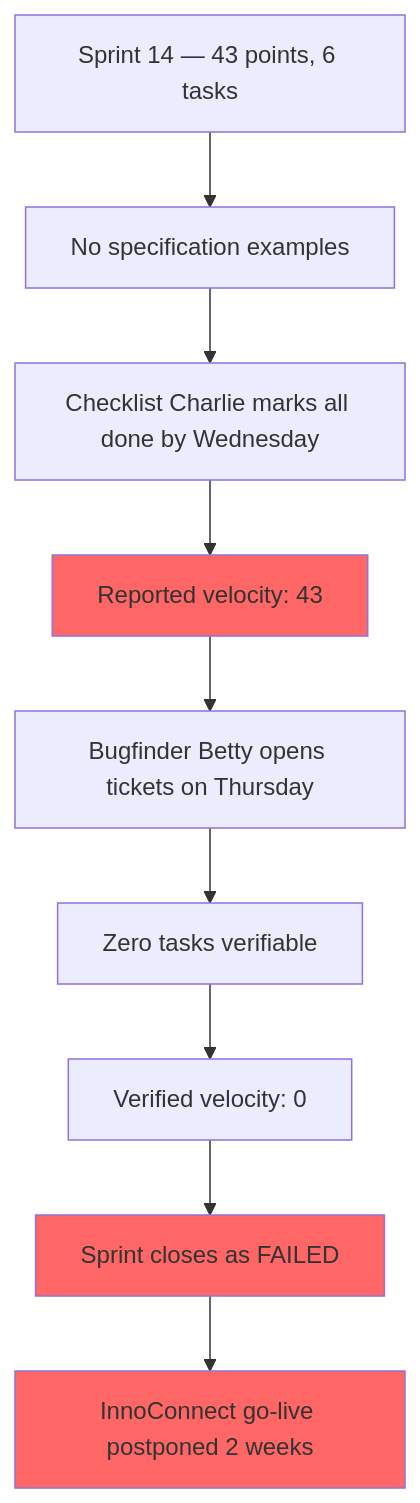
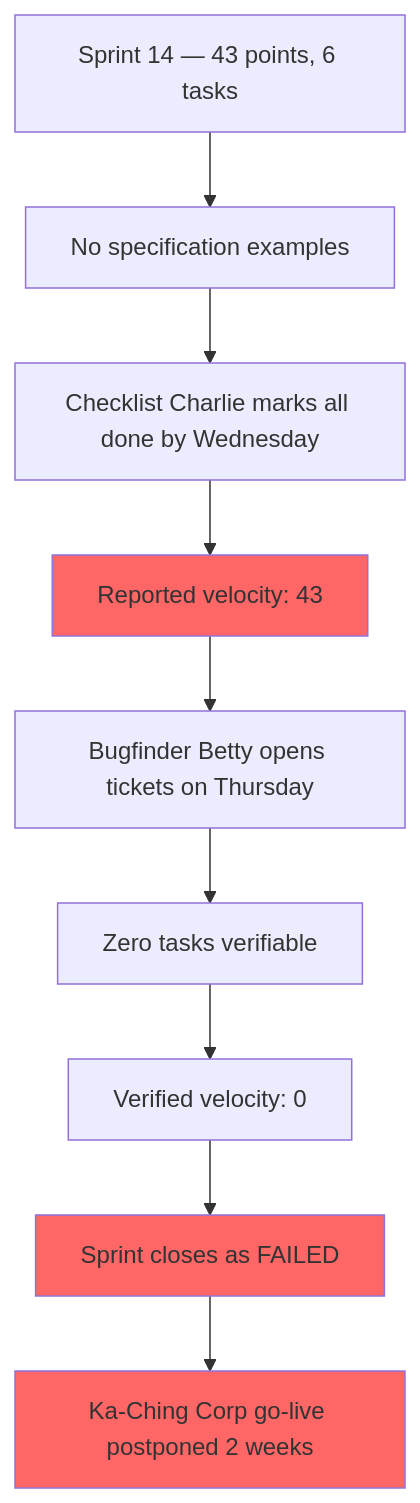
The diagram in fairy-doc-tales/03_squirrel-dev/00_intro.md (truedoctales/truedoctales-4j), drawn with Mermaid before and after one commit. The commit also changed other lines of this file and 6 other files, not shown here.

First line of the commit message:
feat: rename InnoConnect to Ka-Ching Corp and fix mermaid 11 syntax errors

````diff
--- a/fairy-doc-tales/03_squirrel-dev/00_intro.md
+++ b/fairy-doc-tales/03_squirrel-dev/00_intro.md
@@ -53,14 +53,14 @@
 ```mermaid
 graph TD
     A[Sprint 14 — 43 points, 6 tasks] --> B[No specification examples]
     B --> C[Checklist Charlie marks all done by Wednesday]
     C --> D[Reported velocity: 43]
     D --> E[Bugfinder Betty opens tickets on Thursday]
     E --> F[Zero tasks verifiable]
     F --> G[Verified velocity: 0]
     G --> H[Sprint closes as FAILED]
-    H --> I[InnoConnect go-live postponed 2 weeks]
+    H --> I[Ka-Ching Corp go-live postponed 2 weeks]
     style D fill:#f66
     style H fill:#f66
     style I fill:#f66
 ```
````
